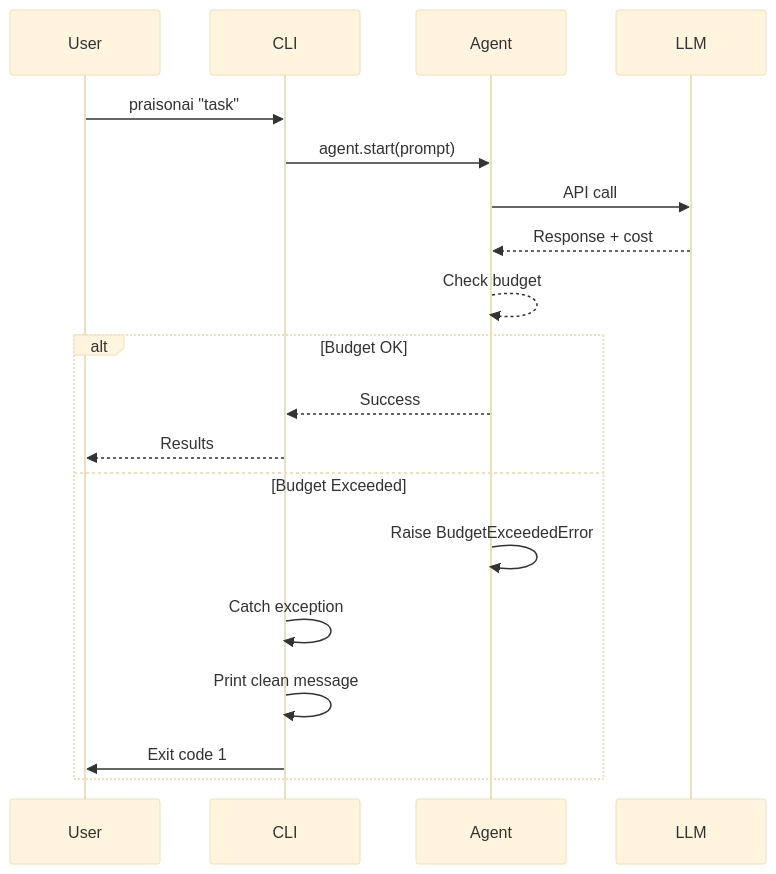
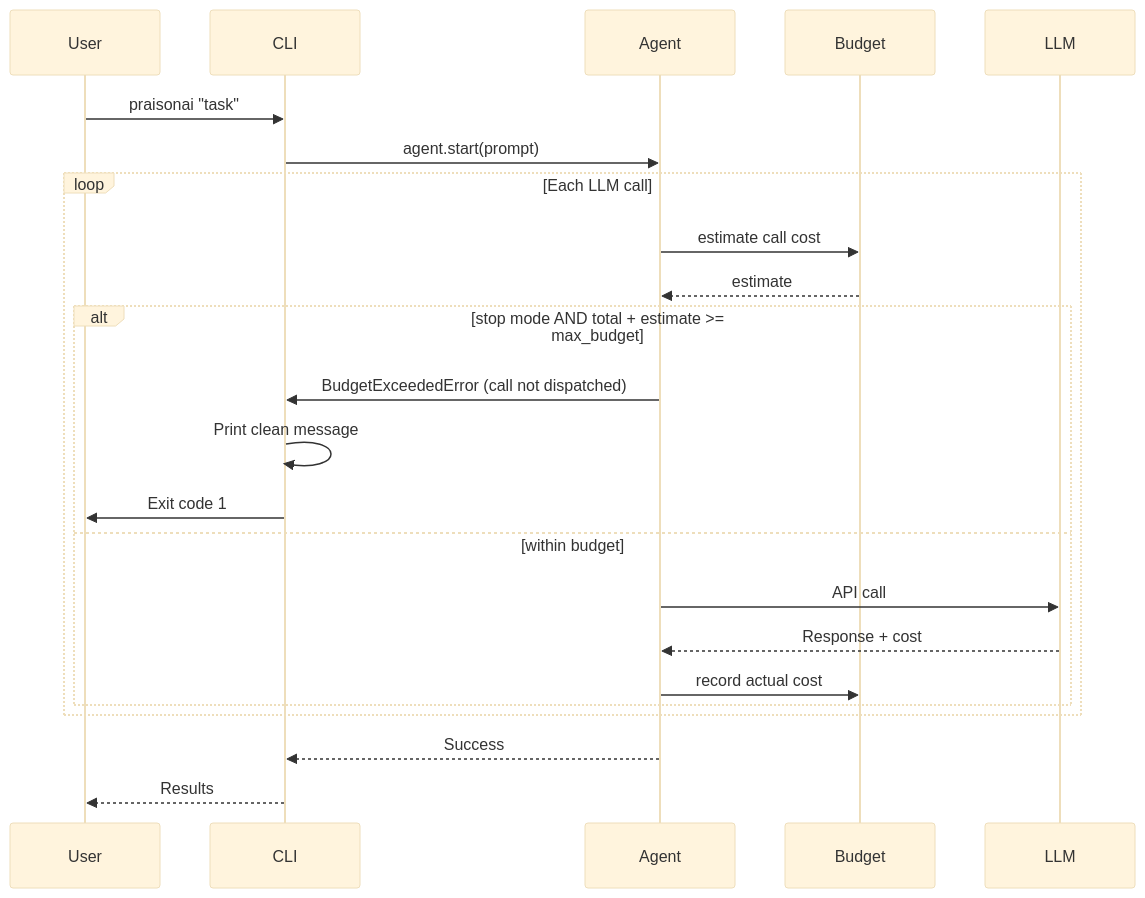
The second of 2 diagrams in docs/features/cli-budget-handling.mdx (MervinPraison/PraisonAIDocs), drawn with Mermaid (base theme) before and after one commit. The commit also changed other lines of this file and 3 other files, not shown here.

First line of the commit message:
docs: update budget pages for pre-call hard ceiling behaviour (fixes #926)

````diff
--- a/docs/features/cli-budget-handling.mdx
+++ b/docs/features/cli-budget-handling.mdx
@@ -72,23 +72,26 @@
 ```mermaid
 sequenceDiagram
     participant User
     participant CLI
     participant Agent
+    participant Budget
     participant LLM
     
     User->>CLI: praisonai "task"
     CLI->>Agent: agent.start(prompt)
-    Agent->>LLM: API call
-    LLM-->>Agent: Response + cost
-    Agent-->>Agent: Check budget
-    
-    alt Budget OK
-        Agent-->>CLI: Success
-        CLI-->>User: Results
-    else Budget Exceeded
-        Agent->>Agent: Raise BudgetExceededError
-        CLI->>CLI: Catch exception
-        CLI->>CLI: Print clean message
-        CLI->>User: Exit code 1
+    loop Each LLM call
+        Agent->>Budget: estimate call cost
+        Budget-->>Agent: estimate
+        alt stop mode AND total + estimate >= max_budget
+            Agent->>CLI: BudgetExceededError (call not dispatched)
+            CLI->>CLI: Print clean message
+            CLI->>User: Exit code 1
+        else within budget
+            Agent->>LLM: API call
+            LLM-->>Agent: Response + cost
+            Agent->>Budget: record actual cost
+        end
     end
+    Agent-->>CLI: Success
+    CLI-->>User: Results
 ```
````
